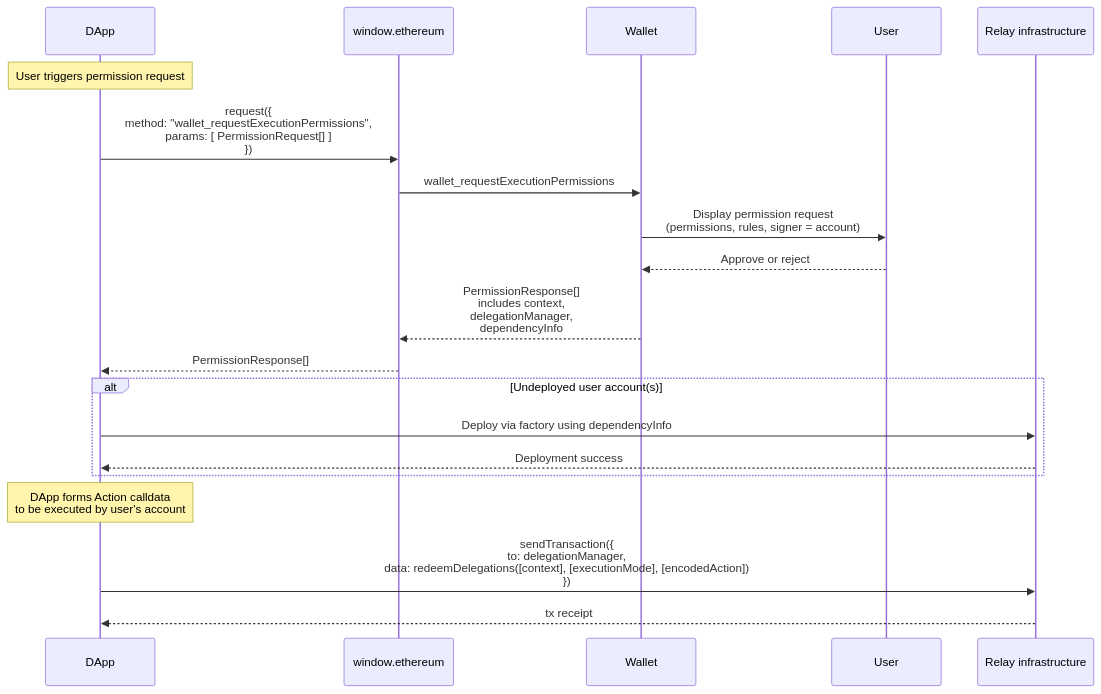
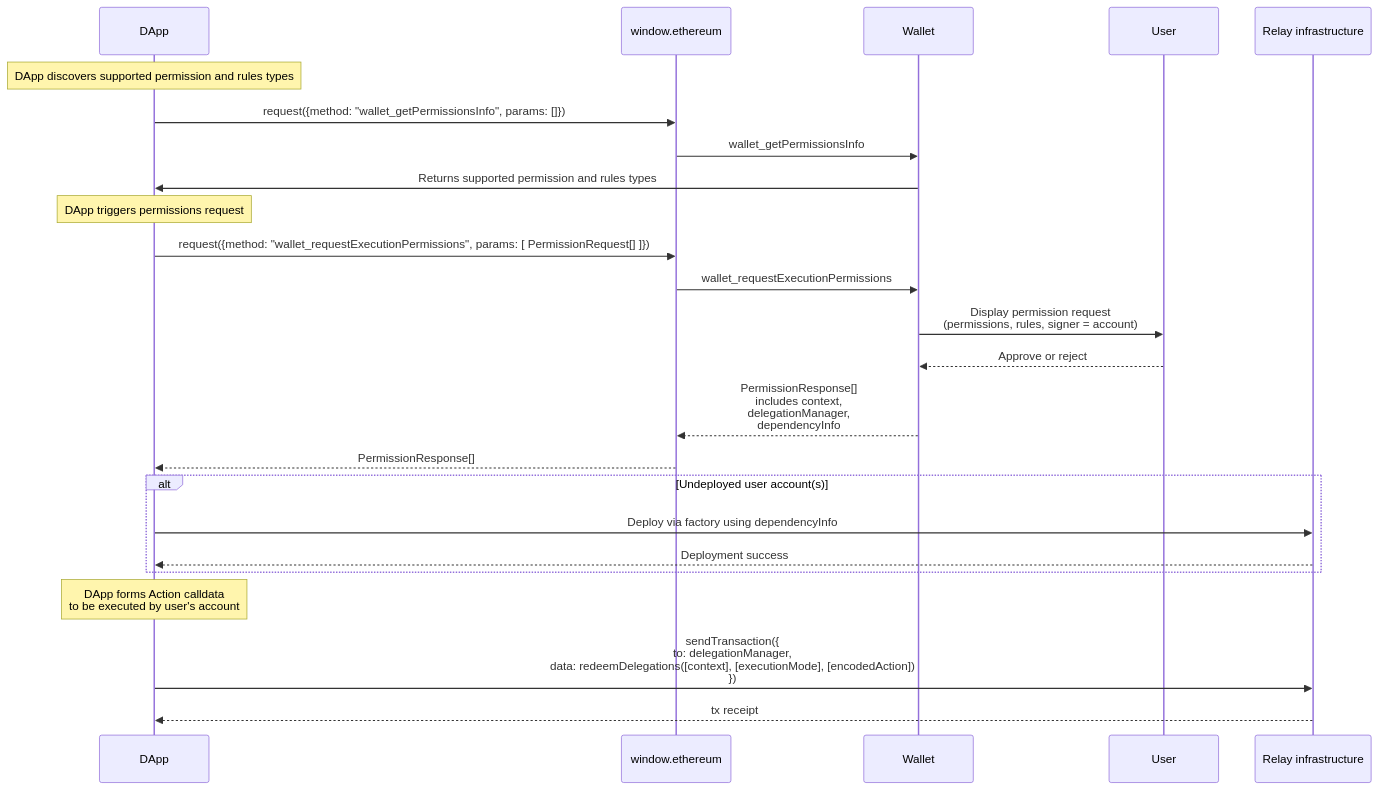
The diagram in ERCS/erc-7715.md (ethereum/ERCs), drawn with Mermaid before and after one commit. The commit also changed other lines of this file and 1 other file, not shown here.

Commit message:
Drop signer optionally, remove 5792 requirement and add a new permissiosn discovery method

````diff
--- a/ERCS/erc-7715.md
+++ b/ERCS/erc-7715.md
@@ -516,30 +437,38 @@
 ```mermaid
 sequenceDiagram
   participant DApp
   participant Provider as window.ethereum
   participant Wallet
   participant User
   participant Chain as Relay infrastructure
 
-  Note over DApp: User triggers permission request
 
-  DApp->>Provider: request({<br/> method: "wallet_requestExecutionPermissions",<br/> params: [ PermissionRequest[] ]<br/>})
+  Note over DApp: DApp discovers supported permission and rules types
+
+  DApp->>Provider: request({method: "wallet_getPermissionsInfo", params: []})
+  Provider->>Wallet: wallet_getPermissionsInfo
+
+  Wallet->>DApp: Returns supported permission and rules types
+
+  Note over DApp: DApp triggers permissions request
+
+  DApp->>Provider: request({method: "wallet_requestExecutionPermissions", params: [ PermissionRequest[] ]})
   Provider->>Wallet: wallet_requestExecutionPermissions
 
   Wallet->>User: Display permission request<br/> (permissions, rules, signer = account)
   User-->>Wallet: Approve or reject
 
   Wallet-->>Provider: PermissionResponse[]<br/>includes context,<br/>delegationManager,<br/>dependencyInfo
   Provider-->>DApp: PermissionResponse[]
 
   alt Undeployed user account(s)
       DApp->>Chain: Deploy via factory using dependencyInfo
       Chain-->>DApp: Deployment success
   end
 
   Note over DApp: DApp forms Action calldata<br/>to be executed by user's account
 
   DApp->>Chain: sendTransaction({<br/> to: delegationManager,<br/> data: redeemDelegations([context], [executionMode], [encodedAction])<br/>})
 
   Chain-->>DApp: tx receipt
 ```
````
